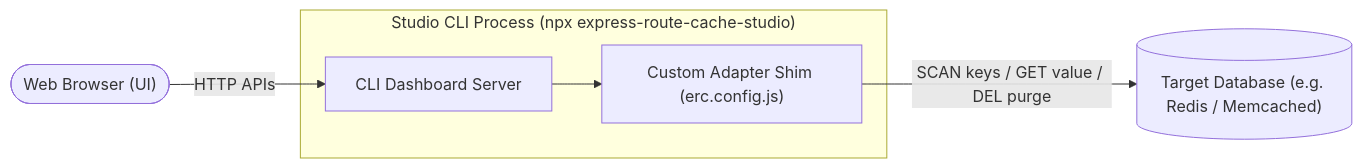
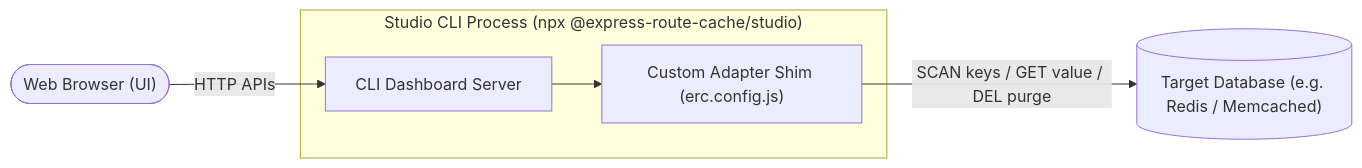
Before and after one commit to CODE-Y02/express-route-cache: the second of 2 diagrams in docs-old/guide/studio.md, drawn with Mermaid. The commit also changed other lines of this file and 3 other files, not shown here.

Commit message:
chore: rename studio CLI binary to @express-route-cache/studio

````diff
--- a/docs-old/guide/studio.md
+++ b/docs-old/guide/studio.md
@@ -238,13 +238,13 @@
 ```mermaid
 flowchart LR
-    subgraph Process ["Studio CLI Process (npx express-route-cache-studio)"]
+    subgraph Process ["Studio CLI Process (npx @express-route-cache/studio)"]
         CLI["CLI Dashboard Server"]
         Shim["Custom Adapter Shim (erc.config.js)"]
         CLI --> Shim
     end
 
     Database[("Target Database (e.g. Redis / Memcached)")]
     Shim -->|SCAN keys / GET value / DEL purge| Database
 
     Browser(["Web Browser (UI)"]) -->|HTTP APIs| CLI
 ```
````
